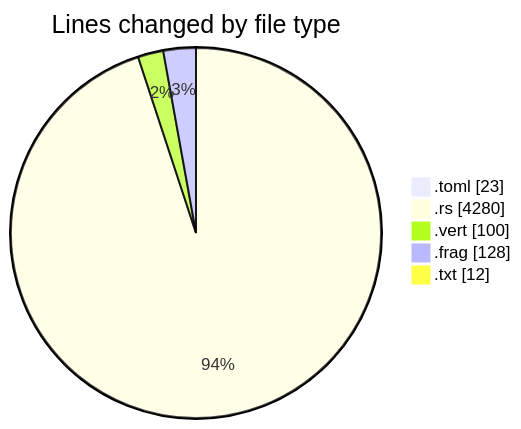
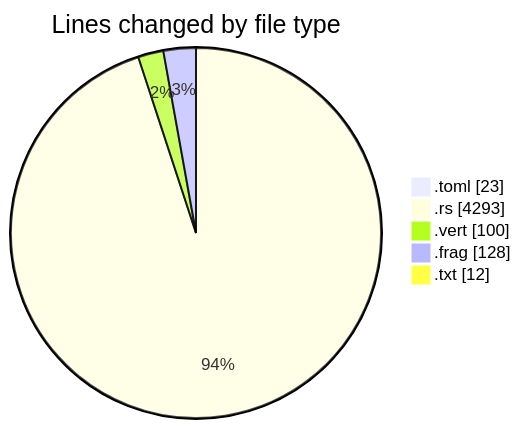
The first of 2 diagrams in 2025-01-02/3drust/README.md (ernivani/code-tracking), drawn with Mermaid before and after one commit. The commit also changed other lines of this file and 2 other files, not shown here.

````diff
--- a/2025-01-02/3drust/README.md
+++ b/2025-01-02/3drust/README.md
@@ -28,9 +28,9 @@
 ```mermaid
 pie showData
 title Lines changed by file type
 ".toml" : 23
-".rs" : 4280
+".rs" : 4293
 ".vert" : 100
 ".frag" : 128
 ".txt" : 12
 ```
````
